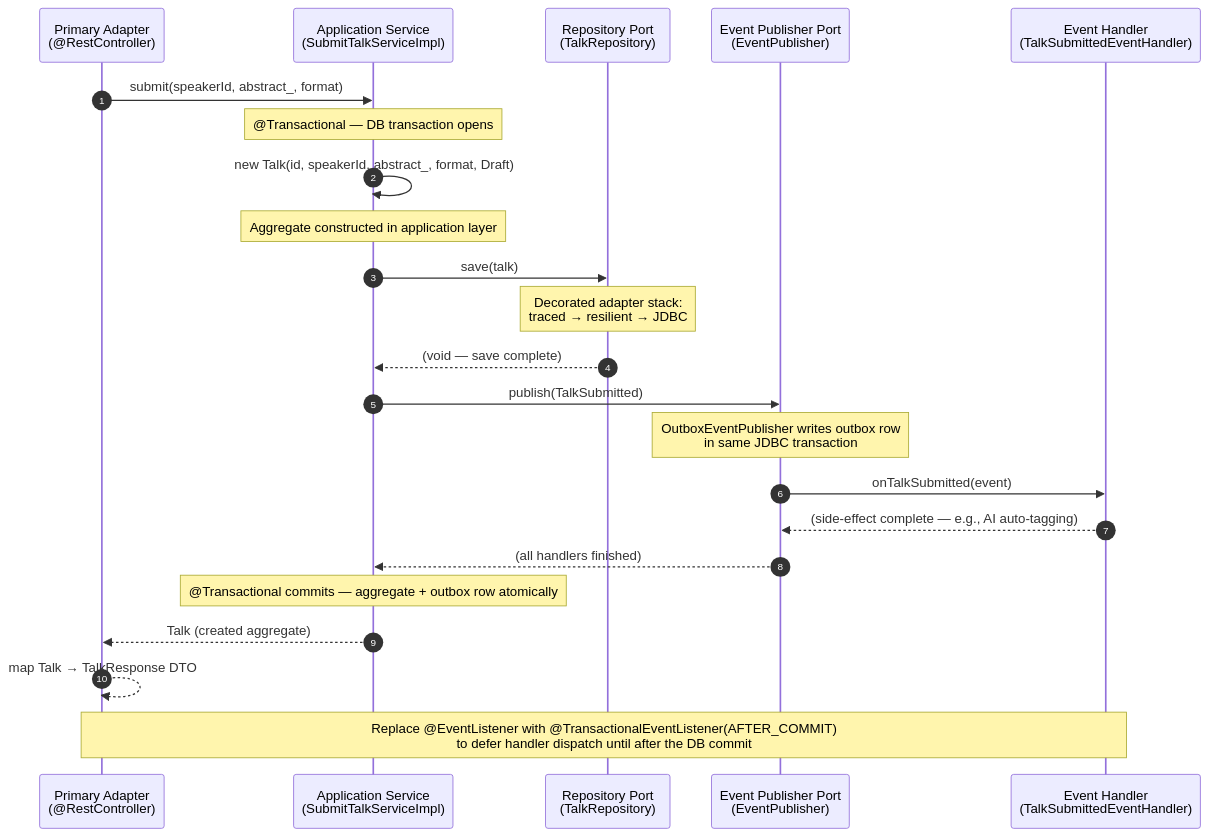
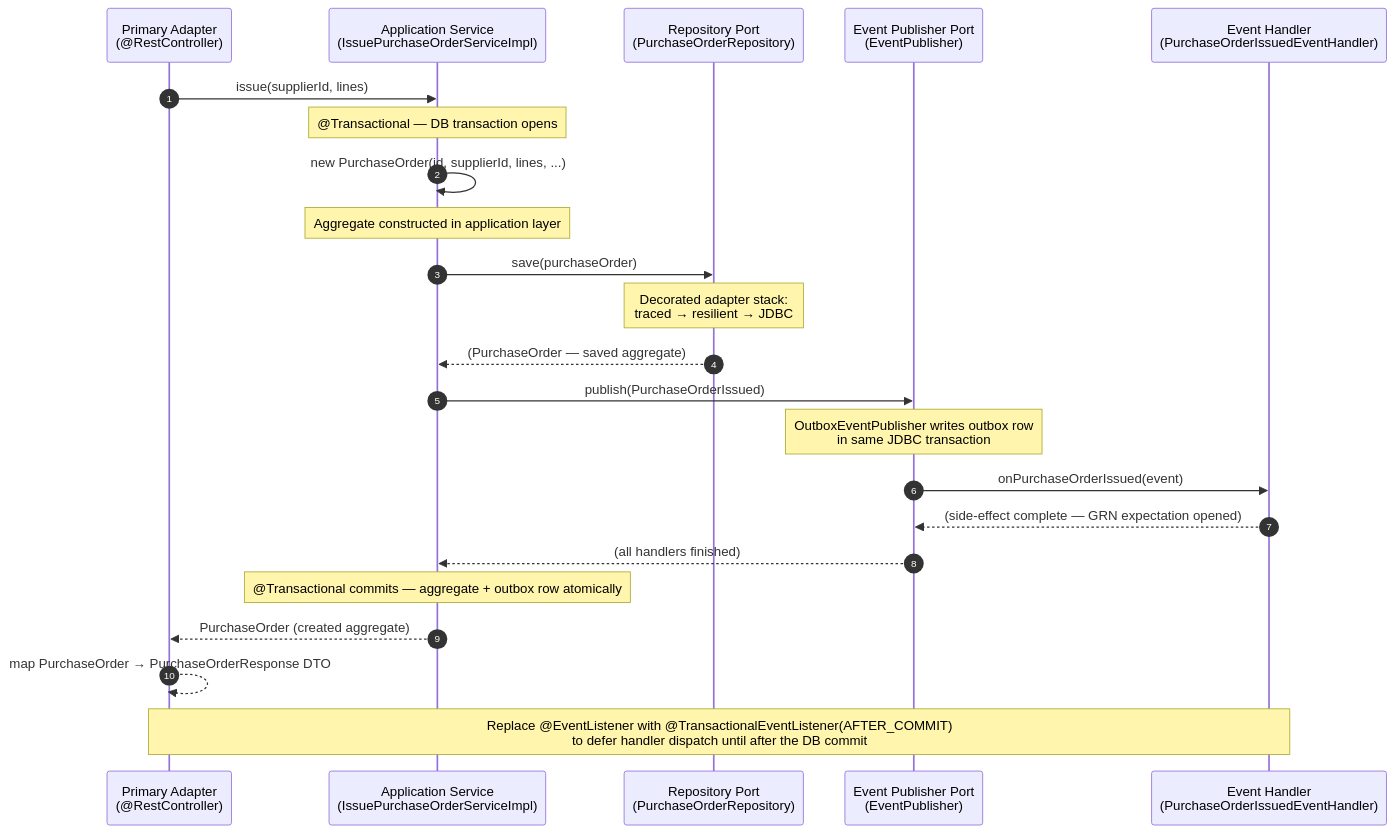
Before and after one commit to wahidyankf/open-sharia-enterprise: the second of 2 diagrams in apps/ayokoding-web/content/en/learn/software-engineering/architecture/ddd-hexagonal-in-practice/oop-in-the-field/advanced.md, drawn with Mermaid. The commit also changed other lines of this file and 38 other files, not shown here.

First line of the commit message:
docs(ayokoding-web): unify architecture tutorials on shared P2P domain

````diff
--- a/apps/ayokoding-web/content/en/learn/software-engineering/architecture/ddd-hexagonal-in-practice/oop-in-the-field/advanced.md
+++ b/apps/ayokoding-web/content/en/learn/software-engineering/architecture/ddd-hexagonal-in-practice/oop-in-the-field/advanced.md
@@ -1379,34 +1070,34 @@
 ```mermaid
 sequenceDiagram
     autonumber
     participant Controller as Primary Adapter<br/>(@RestController)
-    participant AppService as Application Service<br/>(SubmitTalkServiceImpl)
-    participant Repository as Repository Port<br/>(TalkRepository)
+    participant AppService as Application Service<br/>(IssuePurchaseOrderServiceImpl)
+    participant Repository as Repository Port<br/>(PurchaseOrderRepository)
     participant Publisher as Event Publisher Port<br/>(EventPublisher)
-    participant Handler as Event Handler<br/>(TalkSubmittedEventHandler)
+    participant Handler as Event Handler<br/>(PurchaseOrderIssuedEventHandler)
 
-    Controller->>AppService: submit(speakerId, abstract_, format)
+    Controller->>AppService: issue(supplierId, lines)
     note over AppService: @Transactional — DB transaction opens
 
-    AppService->>AppService: new Talk(id, speakerId, abstract_, format, Draft)
+    AppService->>AppService: new PurchaseOrder(id, supplierId, lines, ...)
     note over AppService: Aggregate constructed in application layer
 
-    AppService->>Repository: save(talk)
+    AppService->>Repository: save(purchaseOrder)
     note over Repository: Decorated adapter stack:<br/>traced → resilient → JDBC
 
-    Repository-->>AppService: (void — save complete)
+    Repository-->>AppService: (PurchaseOrder — saved aggregate)
 
-    AppService->>Publisher: publish(TalkSubmitted)
+    AppService->>Publisher: publish(PurchaseOrderIssued)
     note over Publisher: OutboxEventPublisher writes outbox row<br/>in same JDBC transaction
 
-    Publisher->>Handler: onTalkSubmitted(event)
-    Handler-->>Publisher: (side-effect complete — e.g., AI auto-tagging)
+    Publisher->>Handler: onPurchaseOrderIssued(event)
+    Handler-->>Publisher: (side-effect complete — GRN expectation opened)
 
     Publisher-->>AppService: (all handlers finished)
     note over AppService: @Transactional commits — aggregate + outbox row atomically
 
-    AppService-->>Controller: Talk (created aggregate)
-    Controller-->>Controller: map Talk → TalkResponse DTO
+    AppService-->>Controller: PurchaseOrder (created aggregate)
+    Controller-->>Controller: map PurchaseOrder → PurchaseOrderResponse DTO
 
     note over Controller,Handler: Replace @EventListener with @TransactionalEventListener(AFTER_COMMIT)<br/>to defer handler dispatch until after the DB commit
 ```
````
